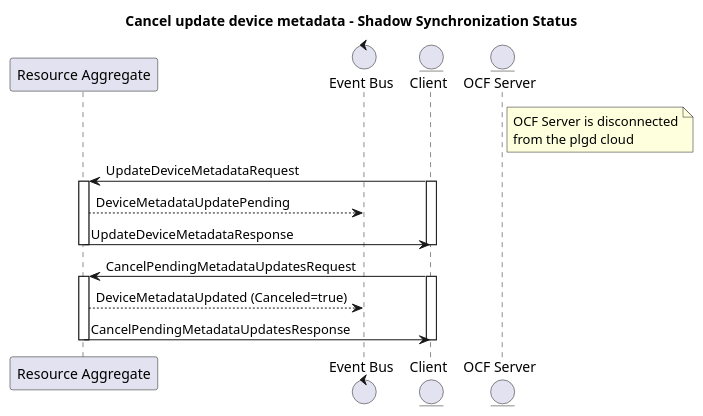
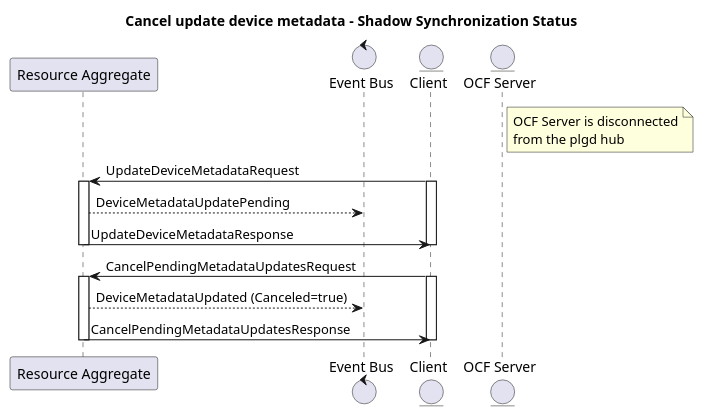
One commit to plgd-dev/hub changed the tenth of 11 diagrams in resource-aggregate/.plantuml. Above: the diagram before and after it, drawn with PlantUML. The commit also changed other lines of this file and 504 other files, not shown here.

```diff
--- a/resource-aggregate/.plantuml
+++ b/resource-aggregate/.plantuml
@@ -271,29 +271,29 @@
 @startuml
 title "Cancel update device metadata - Shadow Synchronization Status"
 
 participant "Resource Aggregate" as ResourceAggregate
 control "Event Bus" as Bus
 entity "Client" as Client
 entity "OCF Server" as Server
 
 note right of Server
     OCF Server is disconnected
-    from the plgd cloud
+    from the plgd hub
 end note
 
 Client -> ResourceAggregate : UpdateDeviceMetadataRequest
 activate Client
 activate ResourceAggregate
 ResourceAggregate --> Bus : DeviceMetadataUpdatePending
 ResourceAggregate -> Client : UpdateDeviceMetadataResponse
 deactivate ResourceAggregate
 deactivate Client
 
 Client -> ResourceAggregate : CancelPendingMetadataUpdatesRequest
 activate Client
 activate ResourceAggregate
 ResourceAggregate --> Bus : DeviceMetadataUpdated (Canceled=true)
 ResourceAggregate -> Client : CancelPendingMetadataUpdatesResponse
 deactivate Client
 deactivate ResourceAggregate
 @enduml
```
